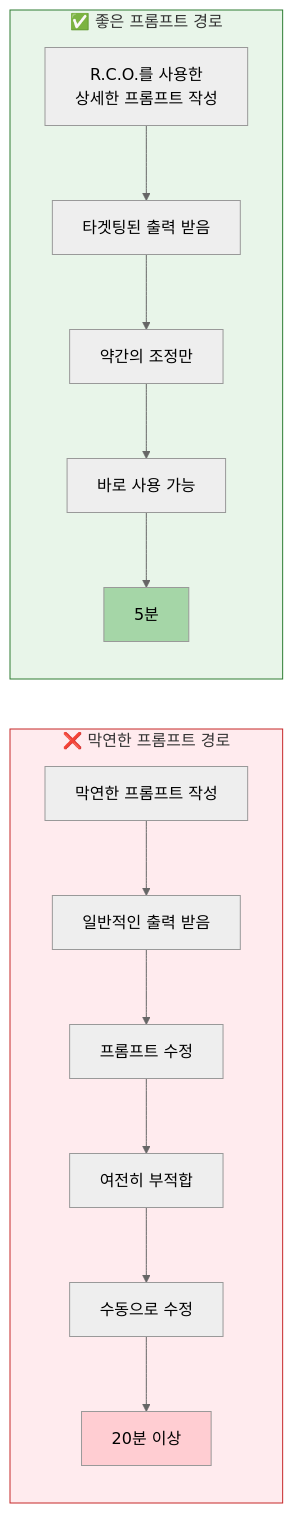
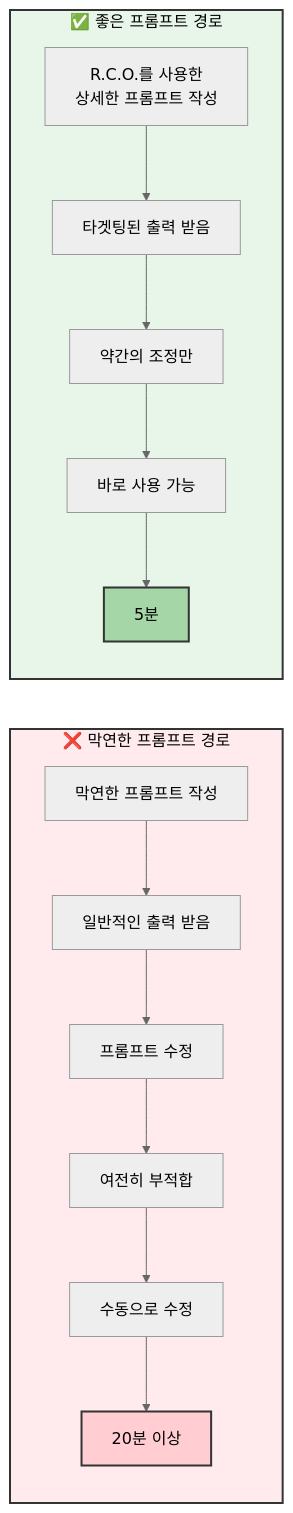
Before and after one commit to seo-jinseok/GitHub-Copilot-Guide: diagram 17 of 17 in dist/University_Copilot_Guide_Complete_KO.md, drawn with Mermaid (neutral theme). The commit also changed other lines of this file, not shown here.

Commit message:
docs: mermaid 그림 색상 수정

````diff
--- a/dist/University_Copilot_Guide_Complete_KO.md
+++ b/dist/University_Copilot_Guide_Complete_KO.md
@@ -1275,22 +1298,22 @@
 ```mermaid
 graph LR
     subgraph Bad["❌ 막연한 프롬프트 경로"]
         B1[막연한 프롬프트 작성] --> B2[일반적인 출력 받음]
         B2 --> B3[프롬프트 수정]
         B3 --> B4[여전히 부적합]
         B4 --> B5[수동으로 수정]
         B5 --> B6[20분 이상]
     end
     
     subgraph Good["✅ 좋은 프롬프트 경로"]
         G1[R.C.O.를 사용한<br/>상세한 프롬프트 작성] --> G2[타겟팅된 출력 받음]
         G2 --> G3[약간의 조정만]
         G3 --> G4[바로 사용 가능]
         G4 --> G5[5분]
     end
     
-    style Bad fill:#ffebee,stroke:#c62828
-    style Good fill:#e8f5e9,stroke:#2e7d32
-    style B6 fill:#ffcdd2
-    style G5 fill:#a5d6a7
+    style Bad fill:#ffebee,stroke:#333,stroke-width:2px,color:#000
+    style Good fill:#e8f5e9,stroke:#333,stroke-width:2px,color:#000
+    style B6 fill:#ffcdd2,stroke:#333,stroke-width:2px,color:#000
+    style G5 fill:#a5d6a7,stroke:#333,stroke-width:2px,color:#000
 ```
````
